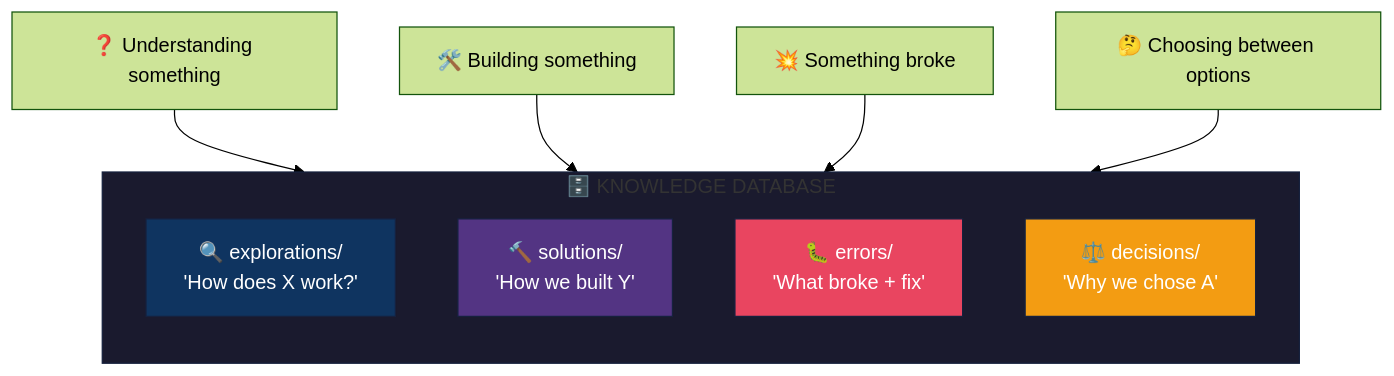
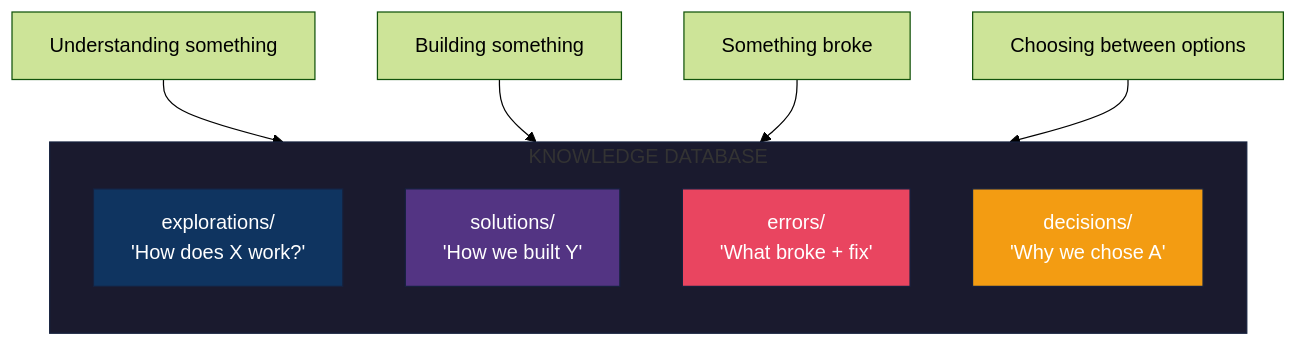
Before and after one commit to dcoferraz/knowledge-database: the second of 2 diagrams in README.md, drawn with Mermaid (forest theme). The commit also changed other lines of this file, not shown here.

````diff
--- a/README.md
+++ b/README.md
@@ -307,21 +307,21 @@
 ```mermaid
 flowchart TB
-    subgraph KB["🗄️ KNOWLEDGE DATABASE"]
+    subgraph KB["KNOWLEDGE DATABASE"]
         direction TB
-        E["🔍 explorations/\n'How does X work?'"]
-        S["🔨 solutions/\n'How we built Y'"]
-        R["🐛 errors/\n'What broke + fix'"]
-        D["⚖️ decisions/\n'Why we chose A'"]
+        E["explorations/\n'How does X work?'"]
+        S["solutions/\n'How we built Y'"]
+        R["errors/\n'What broke + fix'"]
+        D["decisions/\n'Why we chose A'"]
     end
 
-    Q1["❓ Understanding something"] --> E
-    Q2["🛠️ Building something"] --> S
-    Q3["💥 Something broke"] --> R
-    Q4["🤔 Choosing between options"] --> D
+    Q1["Understanding something"] --> E
+    Q2["Building something"] --> S
+    Q3["Something broke"] --> R
+    Q4["Choosing between options"] --> D
 
     style KB fill:#1a1a2e,stroke:#16213e
     style E fill:#0f3460,stroke:#16213e,color:#fff
     style S fill:#533483,stroke:#16213e,color:#fff
     style R fill:#e94560,stroke:#16213e,color:#fff
     style D fill:#f39c12,stroke:#16213e,color:#fff
 ```
````
